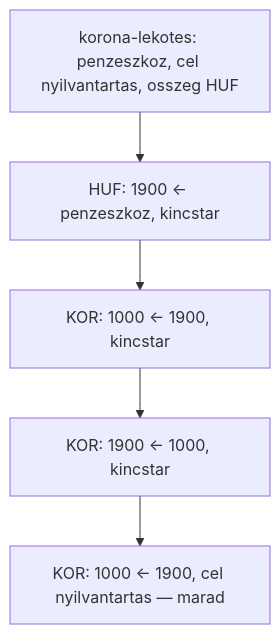
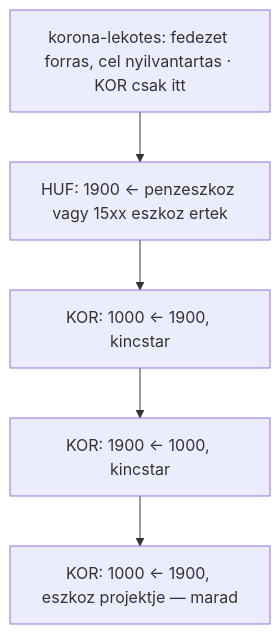
Before and after one commit to pitiboy/curr: diagram 17 of 17 in docs/transaction-workflow.md, drawn with Mermaid. The commit also changed other lines of this file, not shown here.

````diff
--- a/docs/transaction-workflow.md
+++ b/docs/transaction-workflow.md
@@ -756,8 +785,8 @@
 ```mermaid
 flowchart TD
-  egy["korona-lekotes: penzeszkoz, cel nyilvantartas, osszeg HUF"]
-  egy --> a1["HUF: 1900 ← penzeszkoz, kincstar"]
+  egy["korona-lekotes: fedezet forras, cel nyilvantartas · KOR csak itt"]
+  egy --> a1["HUF: 1900 ← penzeszkoz vagy 15xx eszkoz ertek"]
   a1 --> a2["KOR: 1000 ← 1900, kincstar"]
   a2 --> a3["KOR: 1900 ← 1000, kincstar"]
-  a3 --> a4["KOR: 1000 ← 1900, cel nyilvantartas — marad"]
+  a3 --> a4["KOR: 1000 ← 1900, eszkoz projektje — marad"]
 ```
````
